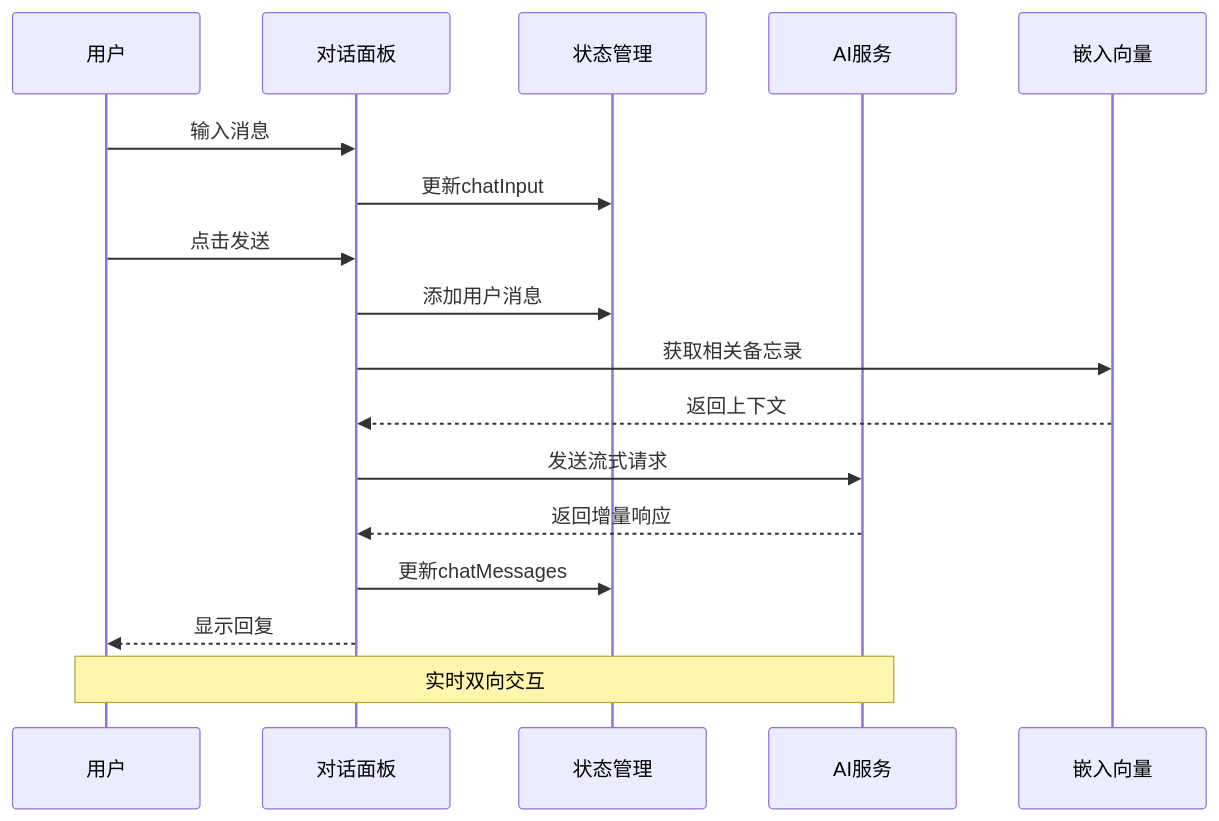
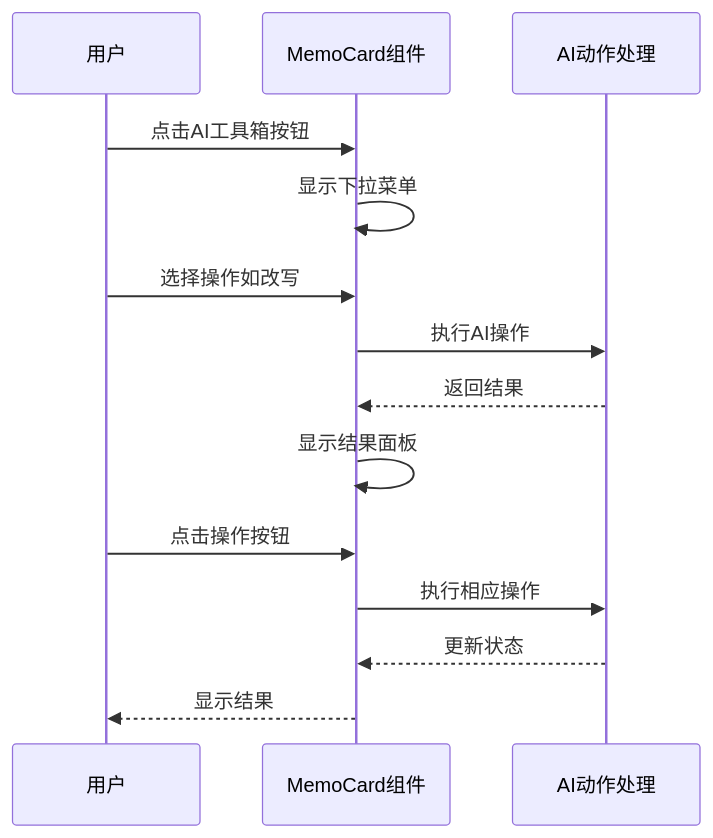
The eighth of 9 diagrams in .qoder/repowiki/zh/content/核心功能/AI写作工具箱设计规格.md (BlackBoxRecorder/memos), drawn with Mermaid before and after one commit. The commit also changed other lines of this file and 12 other files, not shown here.

````diff
--- a/.qoder/repowiki/zh/content/核心功能/AI写作工具箱设计规格.md
+++ b/.qoder/repowiki/zh/content/核心功能/AI写作工具箱设计规格.md
@@ -333,19 +413,16 @@
 ```mermaid
 sequenceDiagram
 participant User as 用户
-participant ChatPanel as 对话面板
-participant State as 状态管理
-participant AI as AI服务
-participant Embeddings as 嵌入向量
-User->>ChatPanel : 输入消息
-ChatPanel->>State : 更新chatInput
-User->>ChatPanel : 点击发送
-ChatPanel->>State : 添加用户消息
-ChatPanel->>Embeddings : 获取相关备忘录
-Embeddings-->>ChatPanel : 返回上下文
-ChatPanel->>AI : 发送流式请求
-AI-->>ChatPanel : 返回增量响应
-ChatPanel->>State : 更新chatMessages
-ChatPanel-->>User : 显示回复
-Note over User,AI : 实时双向交互
+participant MemoCard as MemoCard组件
+participant AIActions as AI动作处理
+User->>MemoCard : 点击AI工具箱按钮
+MemoCard->>MemoCard : 显示下拉菜单
+User->>MemoCard : 选择操作如改写
+MemoCard->>AIActions : 执行AI操作
+AIActions-->>MemoCard : 返回结果
+MemoCard->>MemoCard : 显示结果面板
+User->>MemoCard : 点击操作按钮
+MemoCard->>AIActions : 执行相应操作
+AIActions-->>MemoCard : 更新状态
+MemoCard-->>User : 显示结果
 ```
````
